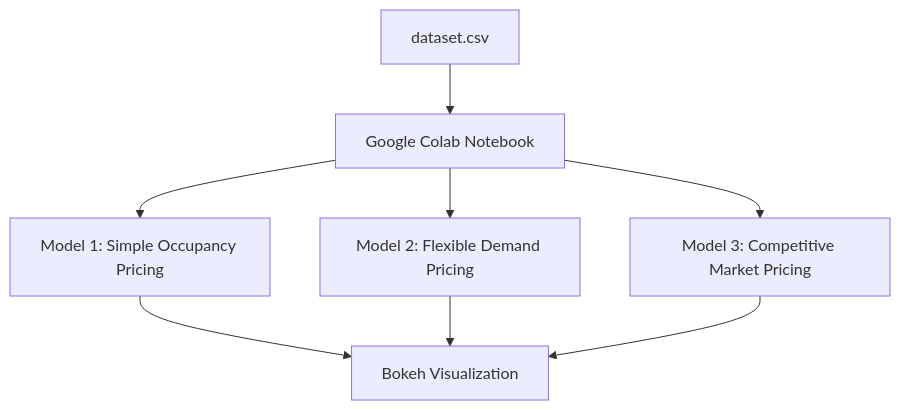
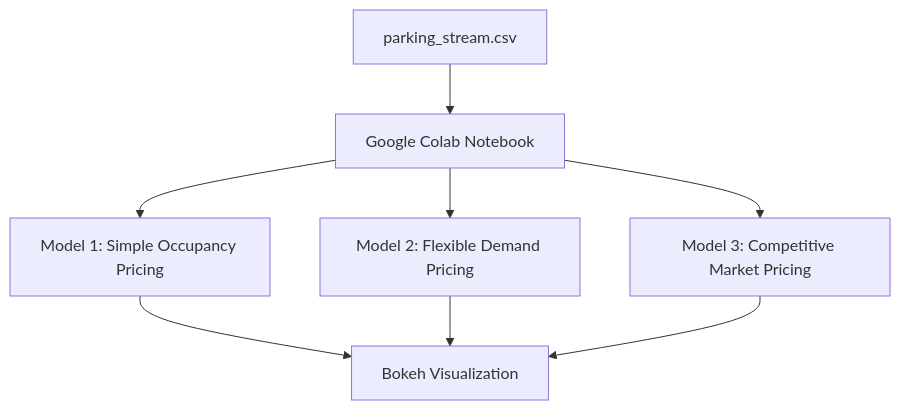
The diagram in README.md (qpriyapandey23/Capstone_project), drawn with Mermaid before and after one commit. The commit also changed other lines of this file, not shown here.

````diff
--- a/README.md
+++ b/README.md
@@ -43,10 +42,10 @@
 ```mermaid
 graph TD
-    A[dataset.csv] --> B[Google Colab Notebook]
+    A[parking_stream.csv] --> B[Google Colab Notebook]
     B --> C[Model 1: Simple Occupancy Pricing]
     B --> D[Model 2: Flexible Demand Pricing]
     B --> E[Model 3: Competitive Market Pricing]
     C --> F[Bokeh Visualization]
     D --> F
     E --> F
 ```
````
